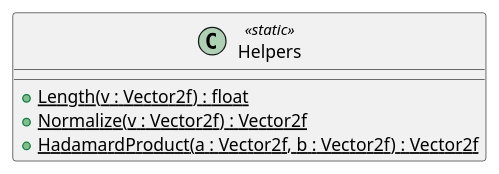
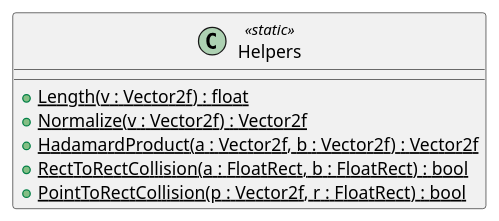
Before and after one commit to Ruby1405/PaceInvaders: the diagram in plantuml/Helpers.puml, drawn with PlantUML. The commit also changed 17 other files, not shown here.

Commit message:
touchups and class diagram

```diff
--- a/plantuml/Helpers.puml
+++ b/plantuml/Helpers.puml
@@ -1,7 +1,9 @@
 @startuml
 class Helpers <<static>> {
     + {static} Length(v : Vector2f) : float
     + {static} Normalize(v : Vector2f) : Vector2f
     + {static} HadamardProduct(a : Vector2f, b : Vector2f) : Vector2f
+    + {static} RectToRectCollision(a : FloatRect, b : FloatRect) : bool
+    + {static} PointToRectCollision(p : Vector2f, r : FloatRect) : bool
 }
 @enduml
```
